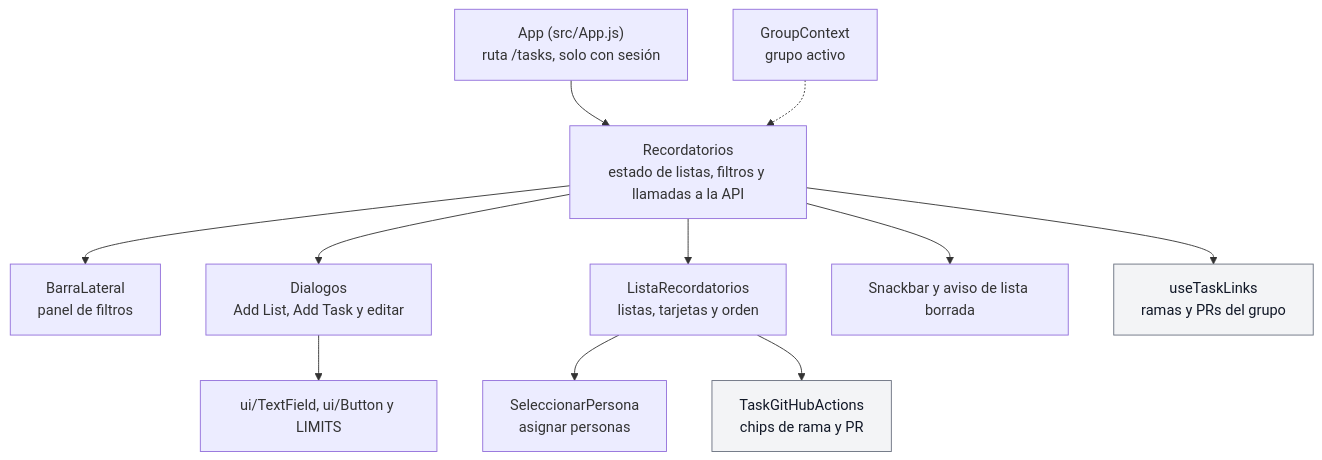
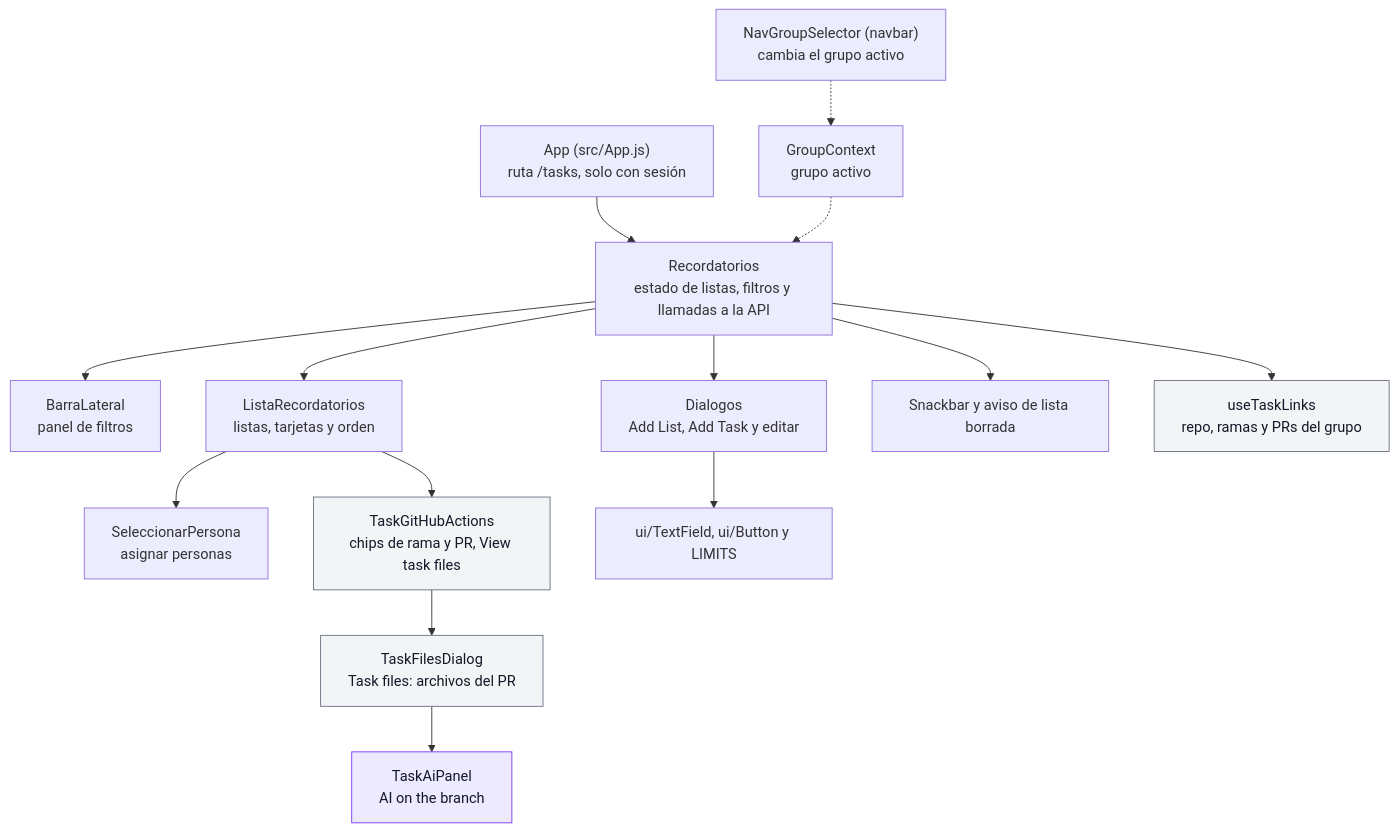
One commit to PabloP150/proyecto-is-cc6 changed the diagram in documentacion/05-interfaz/03-tareas.md. Above: the diagram before and after it, drawn with Mermaid. The commit also changed other lines of this file and 204 other files, not shown here.

First line of the commit message:
docs: update all documentation, diagrams and PNGs to the test/e2e state

````diff
--- a/documentacion/05-interfaz/03-tareas.md
+++ b/documentacion/05-interfaz/03-tareas.md
@@ -48,16 +60,21 @@
 ```mermaid
 flowchart TD
     APP["App (src/App.js)<br/>ruta /tasks, solo con sesión"] --> REC["Recordatorios<br/>estado de listas, filtros y llamadas a la API"]
+    NAV["NavGroupSelector (navbar)<br/>cambia el grupo activo"] -.-> GC
     GC["GroupContext<br/>grupo activo"] -.-> REC
     REC --> BAR["BarraLateral<br/>panel de filtros"]
     REC --> DIA["Dialogos<br/>Add List, Add Task y editar"]
     REC --> LISTA["ListaRecordatorios<br/>listas, tarjetas y orden"]
     REC --> SNACK["Snackbar y aviso de lista borrada"]
     LISTA --> SEL["SeleccionarPersona<br/>asignar personas"]
-    LISTA --> TGA["TaskGitHubActions<br/>chips de rama y PR"]
-    REC --> UTL["useTaskLinks<br/>ramas y PRs del grupo"]
+    LISTA --> TGA["TaskGitHubActions<br/>chips de rama y PR, View task files"]
+    TGA --> TFD["TaskFilesDialog<br/>Task files: archivos del PR"]
+    TFD --> TAP["TaskAiPanel<br/>AI on the branch"]
+    REC --> UTL["useTaskLinks<br/>repo, ramas y PRs del grupo"]
     DIA --> UI["ui/TextField, ui/Button y LIMITS"]
 
     classDef gh fill:#f3f4f6,stroke:#6b7280,color:#111827
-    class TGA,UTL gh
+    classDef ia fill:#ede9fe,stroke:#7c3aed,color:#111827
+    class TGA,TFD,UTL gh
+    class TAP ia
 ```
````
